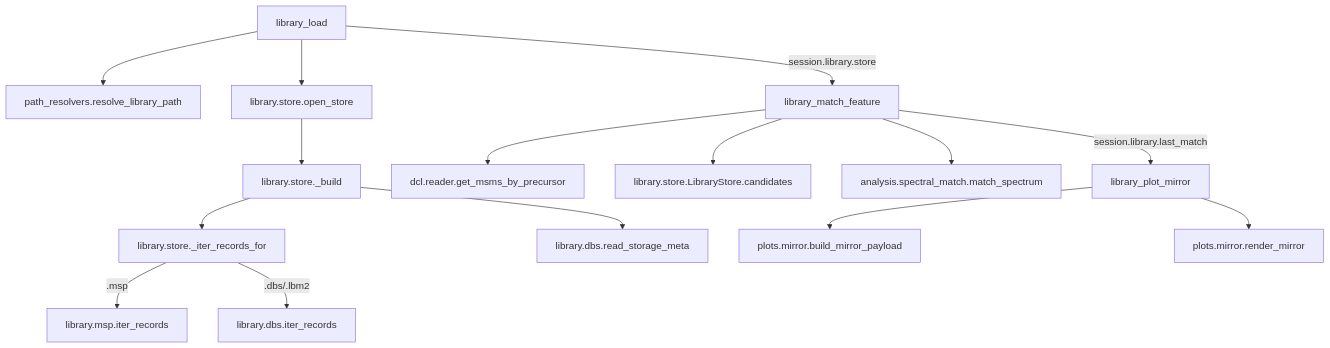
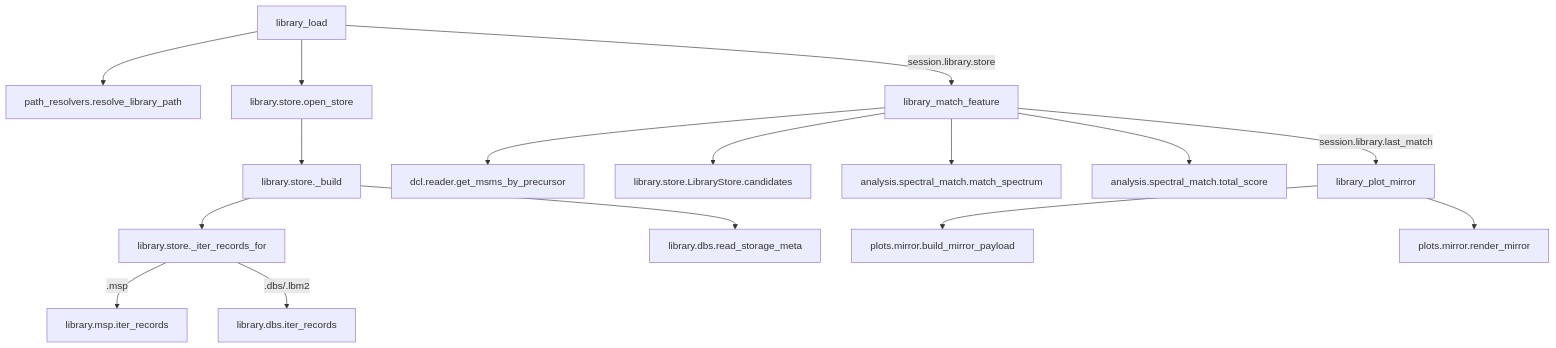
Before and after one commit to systemsomicslab/Lipidmix_with_LLM: the diagram in docs/workflow/library.md, drawn with Mermaid. The commit also changed other lines of this file and 13 other files, not shown here.

````diff
--- a/docs/workflow/library.md
+++ b/docs/workflow/library.md
@@ -13,17 +13,18 @@
 ```mermaid
 flowchart TD
     LL[library_load] --> RES[path_resolvers.resolve_library_path]
     LL --> OS[library.store.open_store]
     OS --> BLD[library.store._build]
     BLD --> ITR[library.store._iter_records_for]
     ITR -->|.msp| MSP[library.msp.iter_records]
     ITR -->|.dbs/.lbm2| DBS[library.dbs.iter_records]
     BLD --> META[library.dbs.read_storage_meta]
     LL -->|session.library.store| LM[library_match_feature]
     LM --> MS[dcl.reader.get_msms_by_precursor]
     LM --> CAND[library.store.LibraryStore.candidates]
     LM --> SCORE[analysis.spectral_match.match_spectrum]
+    LM --> TOT[analysis.spectral_match.total_score]
     LM -->|session.library.last_match| LP[library_plot_mirror]
     LP --> MIR[plots.mirror.build_mirror_payload]
     LP --> REND[plots.mirror.render_mirror]
 ```
````
